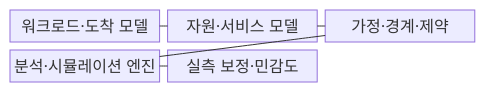
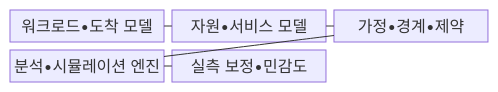
The first of 2 diagrams in src/content/docs/notes/06-evaluation/011_performance_modeling.md (agnusdei1207/knowledge-base), drawn with Mermaid before and after one commit. The commit also changed other lines of this file and 953 other files, not shown here.

````diff
--- a/src/content/docs/notes/06-evaluation/011_performance_modeling.md
+++ b/src/content/docs/notes/06-evaluation/011_performance_modeling.md
@@ -65,13 +65,13 @@
 ```mermaid
 block-beta
   columns 3
-  W["워크로드·도착 모델"]
-  R["자원·서비스 모델"]
-  A["가정·경계·제약"]
-  E["분석·시뮬레이션 엔진"]
-  C["실측 보정·민감도"]
+  W["워크로드•도착 모델"]
+  R["자원•서비스 모델"]
+  A["가정•경계•제약"]
+  E["분석•시뮬레이션 엔진"]
+  C["실측 보정•민감도"]
   W --- R
   R --- A
   A --- E
   E --- C
 ```
````
